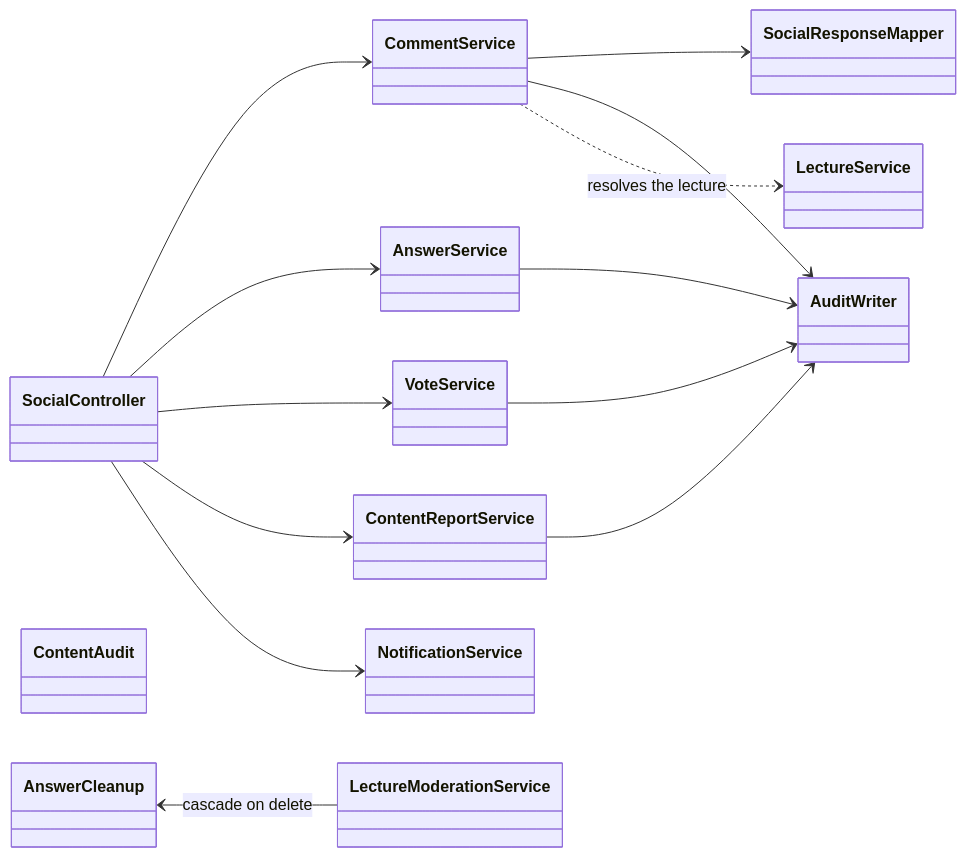
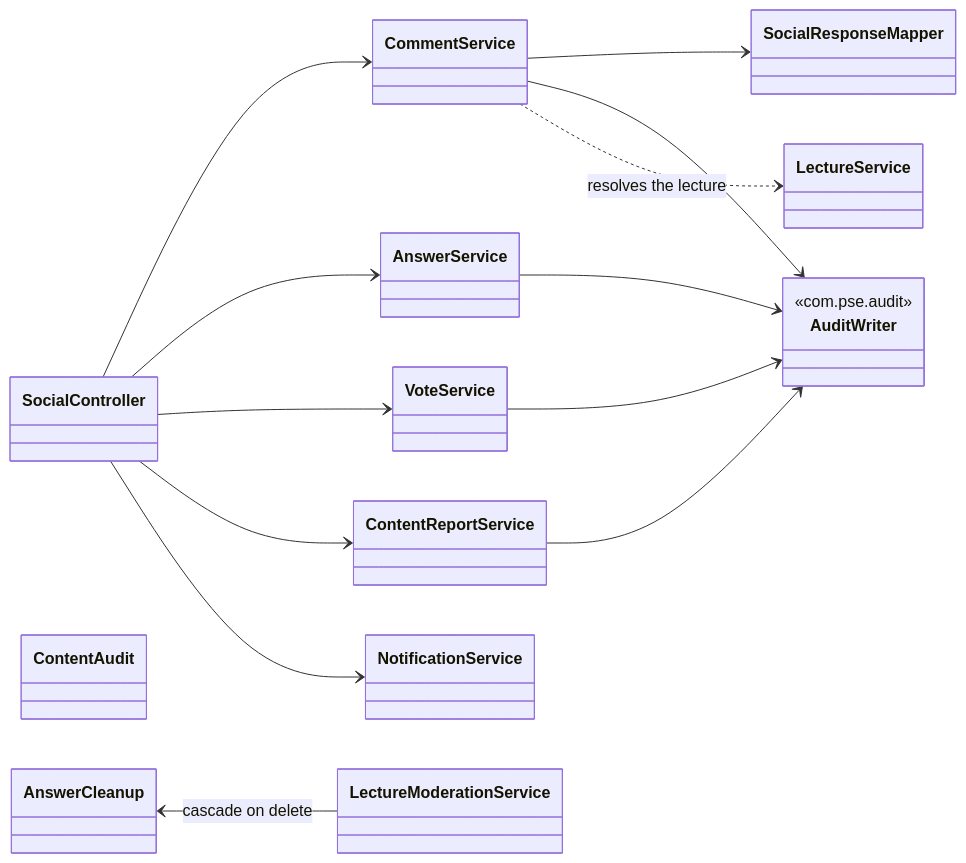
Before and after one commit to AlparslanSemiz/rate-my-professor: the second of 6 diagrams in backend/docs/class-diagrams.md, drawn with Mermaid. The commit also changed other lines of this file and 10 other files, not shown here.

````diff
--- a/backend/docs/class-diagrams.md
+++ b/backend/docs/class-diagrams.md
@@ -119,32 +133,34 @@
 ```mermaid
 classDiagram
     direction LR
 
     class SocialController
 
     class CommentService
     class AnswerService
     class VoteService
     class ContentReportService
     class NotificationService
 
     class SocialResponseMapper
     class ContentAudit
     class AnswerCleanup
-    class AuditWriter
+    class AuditWriter {
+        <<com.pse.audit>>
+    }
 
     SocialController --> CommentService
     SocialController --> AnswerService
     SocialController --> VoteService
     SocialController --> ContentReportService
     SocialController --> NotificationService
 
     CommentService --> SocialResponseMapper
     CommentService --> AuditWriter
     AnswerService --> AuditWriter
     VoteService --> AuditWriter
     ContentReportService --> AuditWriter
 
     CommentService ..> LectureService : resolves the lecture
     AnswerCleanup <-- LectureModerationService : cascade on delete
 ```
````
